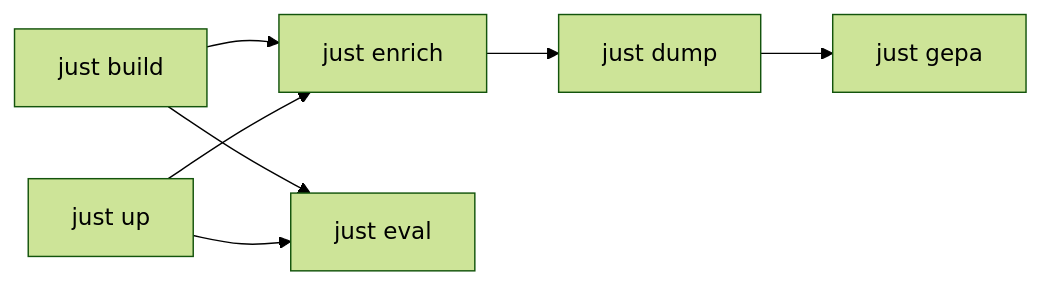
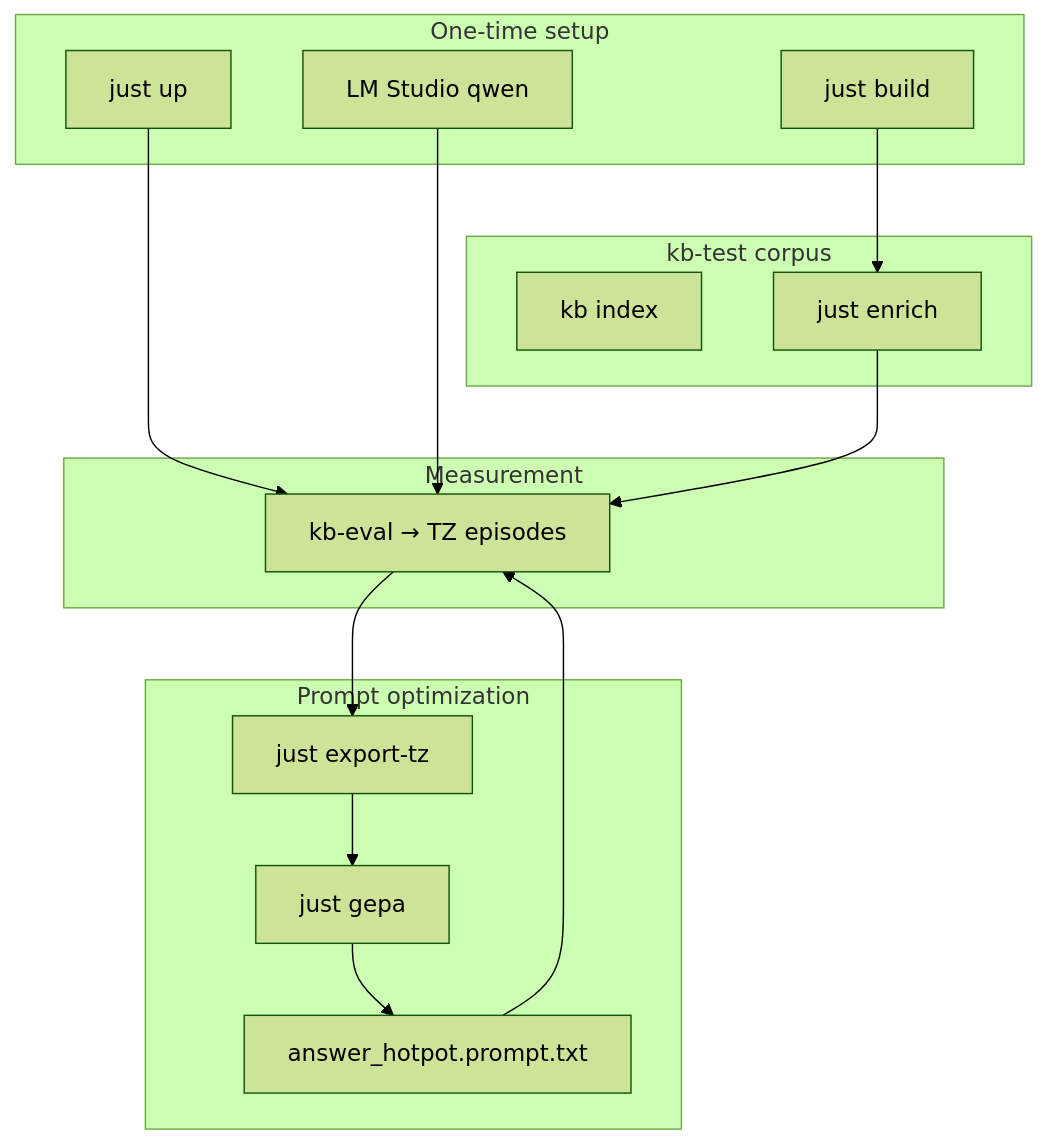
The diagram in docs/eval-and-training.md (metalmon/glossa), drawn with Mermaid (forest theme) before and after one commit. The commit also changed other lines of this file and 18 other files, not shown here.

First line of the commit message:
Fix GEPA export-tz and TensorZero search/read scoring.

````diff
--- a/docs/eval-and-training.md
+++ b/docs/eval-and-training.md
@@ -33,16 +13,32 @@
 ```mermaid
-flowchart LR
-  build[just build]
-  up[just up]
-  enrich[just enrich]
-  dump[just dump]
-  gepa[just gepa]
-  eval[just eval]
+flowchart TB
+  subgraph once [One-time setup]
+    build[just build]
+    up[just up]
+    lm[LM Studio qwen]
+  end
+
+  subgraph corpus [kb-test corpus]
+    index[kb index]
+    enrich[just enrich]
+  end
+
+  subgraph measure [Measurement]
+    eval[kb-eval → TZ episodes]
+  end
+
+  subgraph train [Prompt optimization]
+    export[just export-tz]
+    gepa[just gepa]
+    prompt[answer_hotpot.prompt.txt]
+  end
 
   build --> enrich
-  up --> enrich
-  enrich --> dump
-  dump --> gepa
-  build --> eval
   up --> eval
+  lm --> eval
+  enrich --> eval
+  eval --> export
+  export --> gepa
+  gepa --> prompt
+  prompt --> eval
 ```
````
